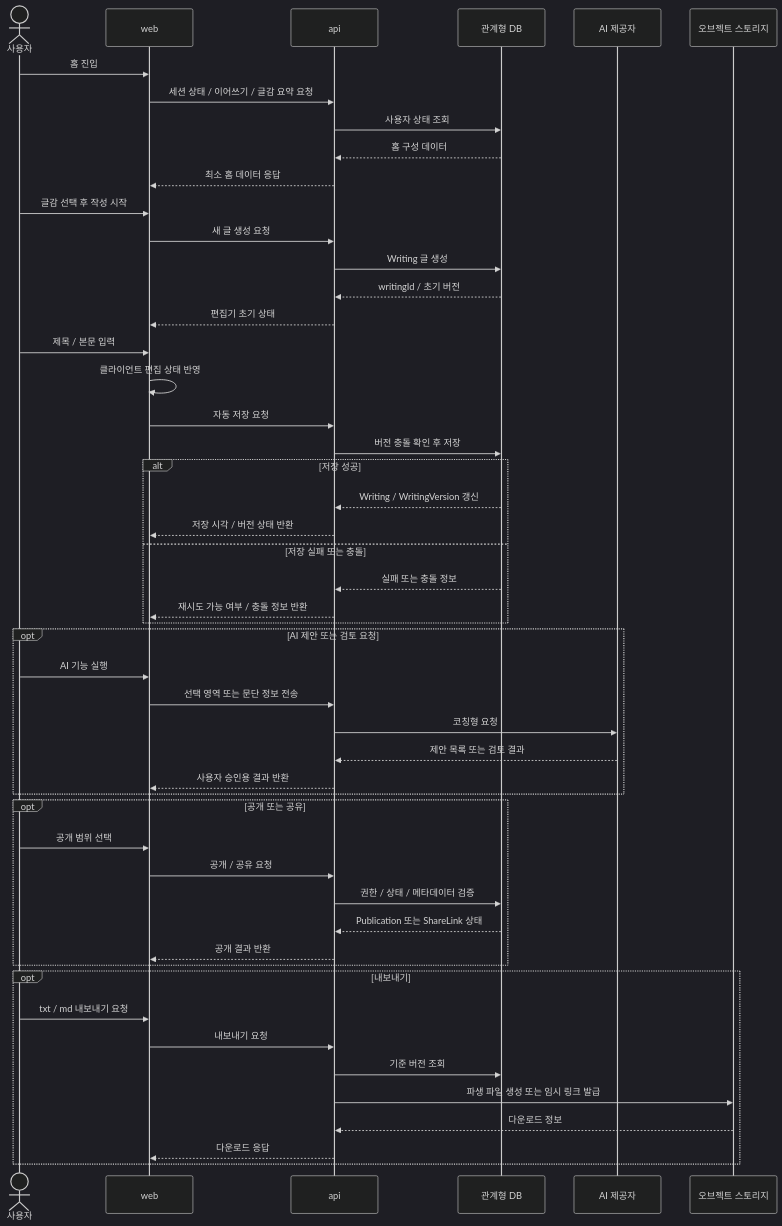
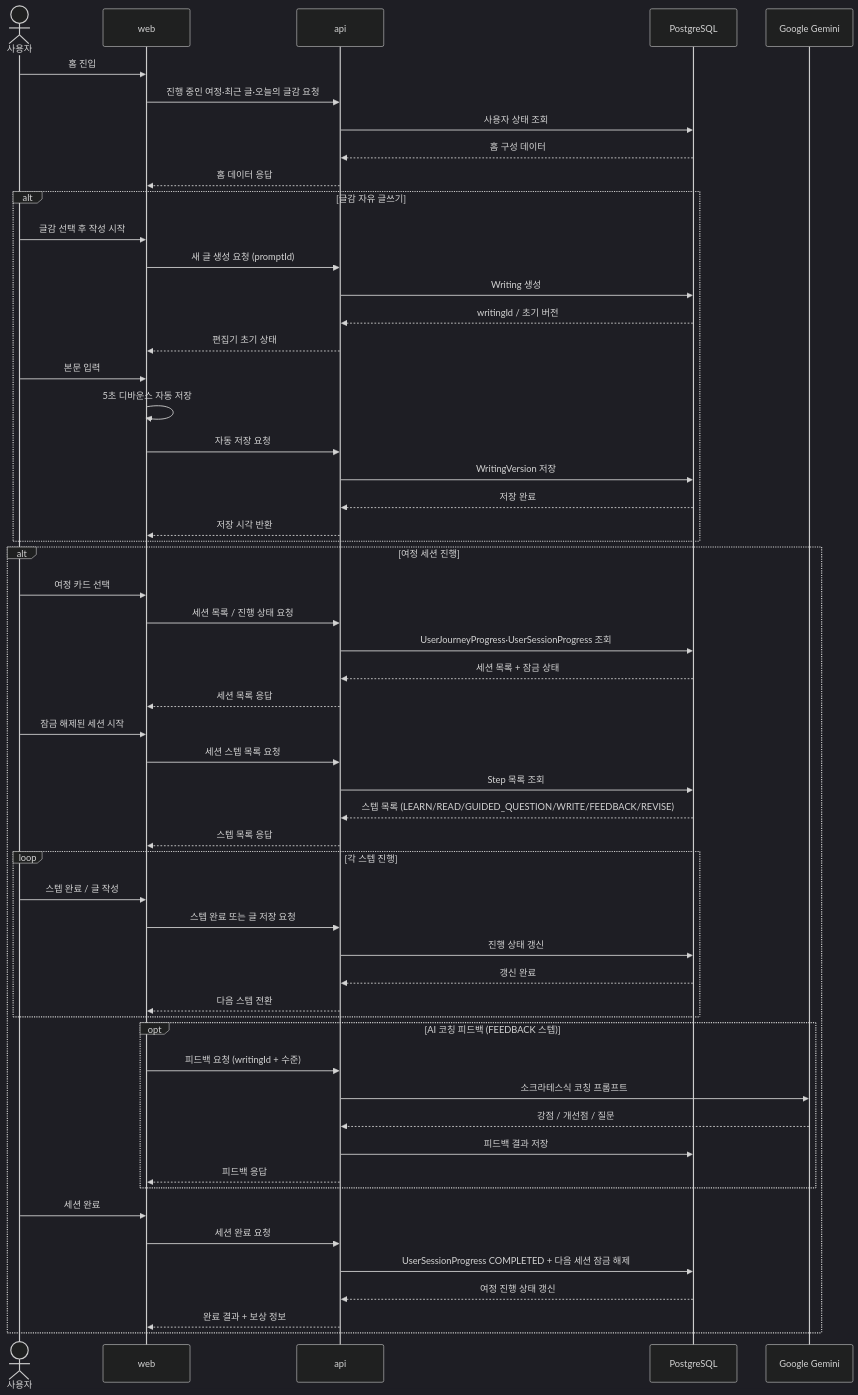
The diagram in docs/03-architecture/diagrams/writing-runtime-flow.md (qaws7791/writing-app), drawn with Mermaid (dark theme) before and after one commit. The commit also changed other lines of this file and 16 other files, not shown here.

Commit message:
architecture 문서 PRD 기준으로 업데이트

````diff
--- a/docs/03-architecture/diagrams/writing-runtime-flow.md
+++ b/docs/03-architecture/diagrams/writing-runtime-flow.md
@@ -10,58 +10,65 @@
 ```mermaid
 sequenceDiagram
     actor User as 사용자
     participant Web as web
     participant API as api
-    participant DB as 관계형 DB
-    participant AI as AI 제공자
-    participant Storage as 오브젝트 스토리지
+    participant DB as PostgreSQL
+    participant AI as Google Gemini
 
     User->>Web: 홈 진입
-    Web->>API: 세션 상태 / 이어쓰기 / 글감 요약 요청
+    Web->>API: 진행 중인 여정·최근 글·오늘의 글감 요청
     API->>DB: 사용자 상태 조회
     DB-->>API: 홈 구성 데이터
-    API-->>Web: 최소 홈 데이터 응답
+    API-->>Web: 홈 데이터 응답
 
-    User->>Web: 글감 선택 후 작성 시작
-    Web->>API: 새 글 생성 요청
-    API->>DB: Writing 글 생성
-    DB-->>API: writingId / 초기 버전
-    API-->>Web: 편집기 초기 상태
+    alt 글감 자유 글쓰기
+        User->>Web: 글감 선택 후 작성 시작
+        Web->>API: 새 글 생성 요청 (promptId)
+        API->>DB: Writing 생성
+        DB-->>API: writingId / 초기 버전
+        API-->>Web: 편집기 초기 상태
 
-    User->>Web: 제목 / 본문 입력
-    Web->>Web: 클라이언트 편집 상태 반영
-    Web->>API: 자동 저장 요청
-    API->>DB: 버전 충돌 확인 후 저장
-    alt 저장 성공
-        DB-->>API: Writing / WritingVersion 갱신
-        API-->>Web: 저장 시각 / 버전 상태 반환
-    else 저장 실패 또는 충돌
-        DB-->>API: 실패 또는 충돌 정보
-        API-->>Web: 재시도 가능 여부 / 충돌 정보 반환
+        User->>Web: 본문 입력
+        Web->>Web: 5초 디바운스 자동 저장
+        Web->>API: 자동 저장 요청
+        API->>DB: WritingVersion 저장
+        DB-->>API: 저장 완료
+        API-->>Web: 저장 시각 반환
     end
 
-    opt AI 제안 또는 검토 요청
-        User->>Web: AI 기능 실행
-        Web->>API: 선택 영역 또는 문단 정보 전송
-        API->>AI: 코칭형 요청
-        AI-->>API: 제안 목록 또는 검토 결과
-        API-->>Web: 사용자 승인용 결과 반환
-    end
+    alt 여정 세션 진행
+        User->>Web: 여정 카드 선택
+        Web->>API: 세션 목록 / 진행 상태 요청
+        API->>DB: UserJourneyProgress·UserSessionProgress 조회
+        DB-->>API: 세션 목록 + 잠금 상태
+        API-->>Web: 세션 목록 응답
 
-    opt 공개 또는 공유
-        User->>Web: 공개 범위 선택
-        Web->>API: 공개 / 공유 요청
-        API->>DB: 권한 / 상태 / 메타데이터 검증
-        DB-->>API: Publication 또는 ShareLink 상태
-        API-->>Web: 공개 결과 반환
-    end
+        User->>Web: 잠금 해제된 세션 시작
+        Web->>API: 세션 스텝 목록 요청
+        API->>DB: Step 목록 조회
+        DB-->>API: 스텝 목록 (LEARN/READ/GUIDED_QUESTION/WRITE/FEEDBACK/REVISE)
+        API-->>Web: 스텝 목록 응답
 
-    opt 내보내기
-        User->>Web: txt / md 내보내기 요청
-        Web->>API: 내보내기 요청
-        API->>DB: 기준 버전 조회
-        API->>Storage: 파생 파일 생성 또는 임시 링크 발급
-        Storage-->>API: 다운로드 정보
-        API-->>Web: 다운로드 응답
+        loop 각 스텝 진행
+            User->>Web: 스텝 완료 / 글 작성
+            Web->>API: 스텝 완료 또는 글 저장 요청
+            API->>DB: 진행 상태 갱신
+            DB-->>API: 갱신 완료
+            API-->>Web: 다음 스텝 전환
+        end
+
+        opt AI 코칭 피드백 (FEEDBACK 스텝)
+            Web->>API: 피드백 요청 (writingId + 수준)
+            API->>AI: 소크라테스식 코칭 프롬프트
+            AI-->>API: 강점 / 개선점 / 질문
+            API->>DB: 피드백 결과 저장
+            API-->>Web: 피드백 응답
+        end
+
+        User->>Web: 세션 완료
+        Web->>API: 세션 완료 요청
+        API->>DB: UserSessionProgress COMPLETED + 다음 세션 잠금 해제
+        DB-->>API: 여정 진행 상태 갱신
+        API-->>Web: 완료 결과 + 보상 정보
     end
 ```
````
